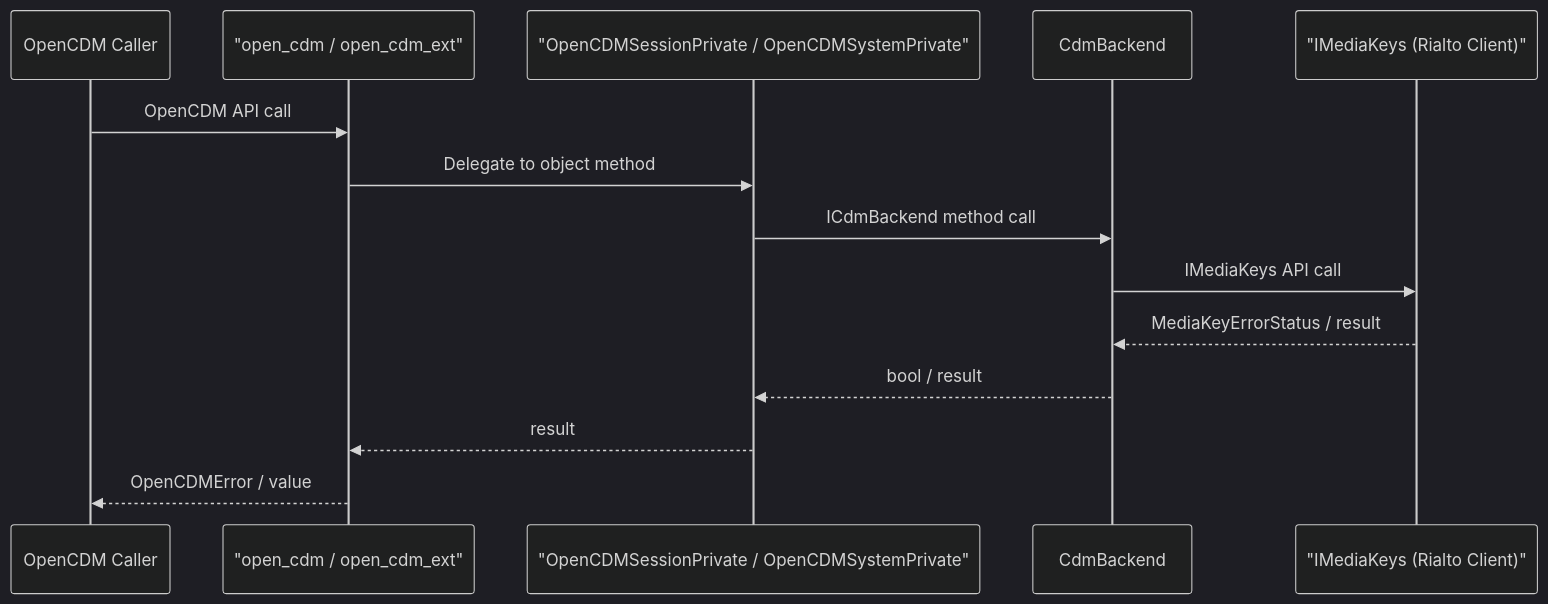
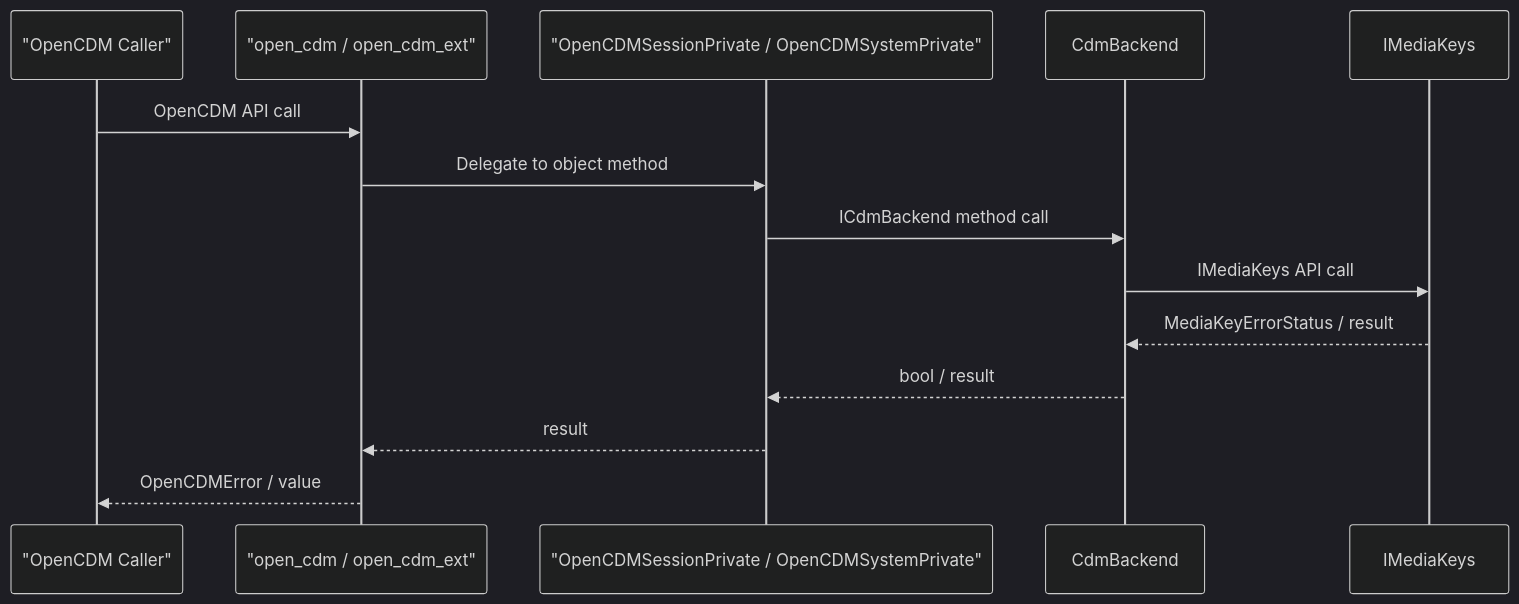
One commit to rns21/RDK_Documentation changed the sixth of 7 diagrams in docs/docu/RDKV-Documentations/rialto-ocdm.md. Above: the diagram before and after it, drawn with Mermaid (dark theme). The commit also changed other lines of this file, not shown here.

````diff
--- a/docs/docu/RDKV-Documentations/rialto-ocdm.md
+++ b/docs/docu/RDKV-Documentations/rialto-ocdm.md
@@ -337,17 +337,17 @@
 ```mermaid
 sequenceDiagram
-    participant Caller as OpenCDM Caller
+    participant Caller as "OpenCDM Caller"
     participant API as "open_cdm / open_cdm_ext"
     participant SessOrSys as "OpenCDMSessionPrivate / OpenCDMSystemPrivate"
     participant CdmB as CdmBackend
-    participant IMK as "IMediaKeys (Rialto Client)"
+    participant IMK as IMediaKeys
 
     Caller->>API: OpenCDM API call
     API->>SessOrSys: Delegate to object method
     SessOrSys->>CdmB: ICdmBackend method call
     CdmB->>IMK: IMediaKeys API call
     IMK-->>CdmB: MediaKeyErrorStatus / result
     CdmB-->>SessOrSys: bool / result
     SessOrSys-->>API: result
     API-->>Caller: OpenCDMError / value
 ```
````
